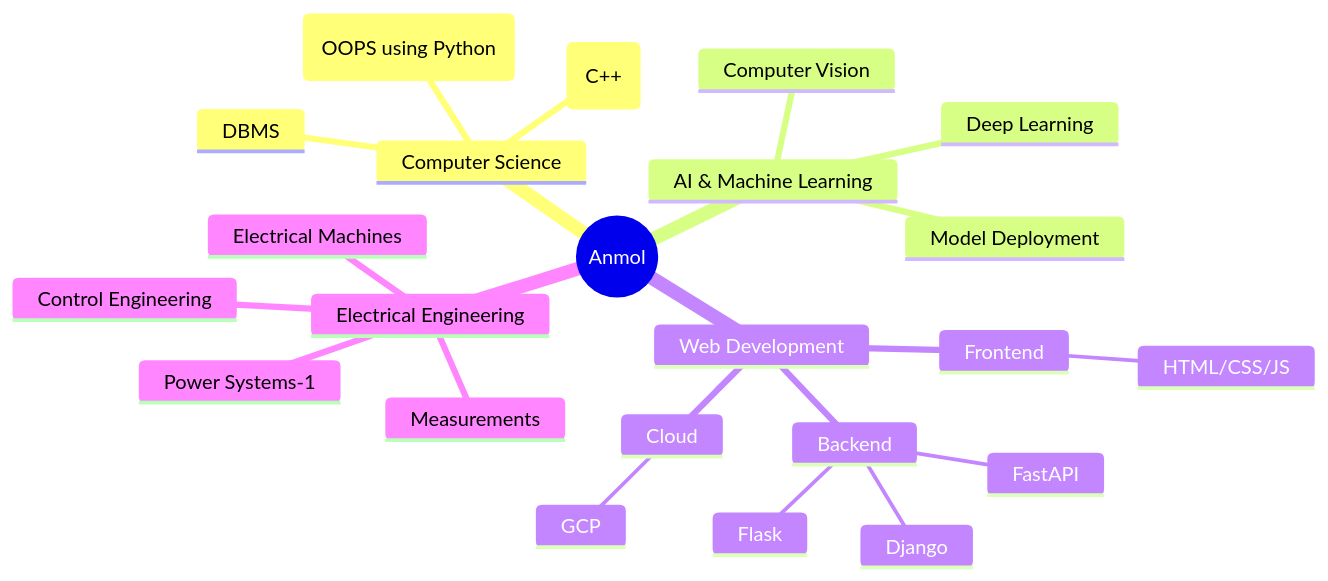
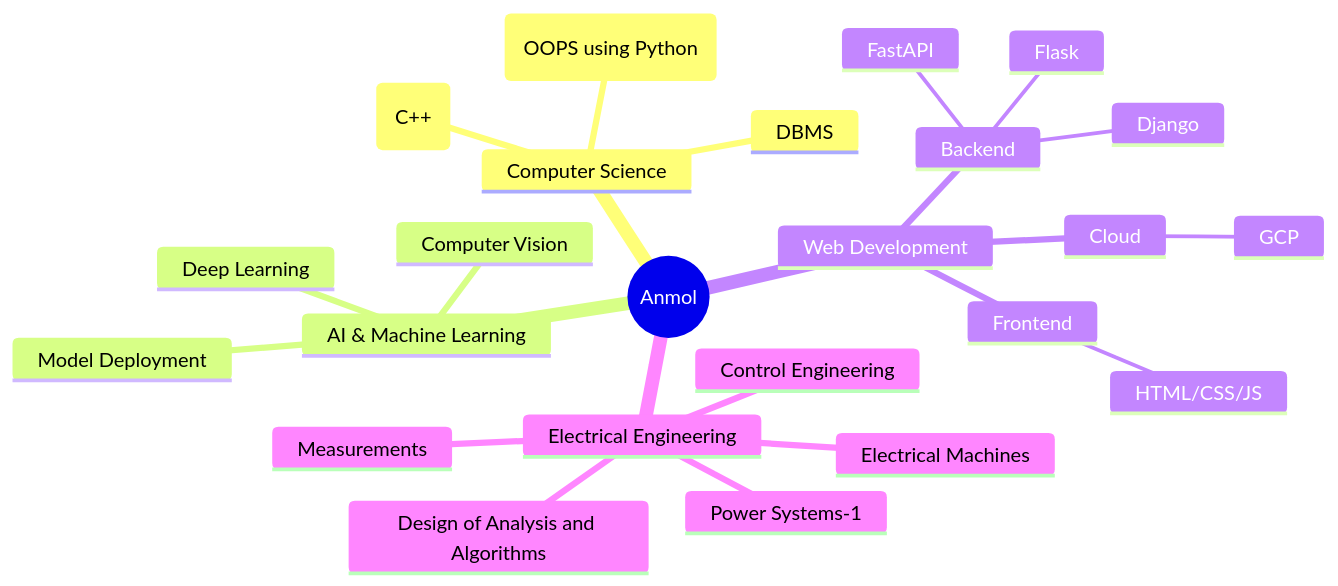
The diagram in README.md (Anmol-Shukla-20/Anmol-Shukla-20), drawn with Mermaid before and after one commit.

````diff
--- a/README.md
+++ b/README.md
@@ -302,26 +302,27 @@
 ```mermaid
 mindmap
   root((Anmol))
     Computer Science
       Data Structures & Algorithms (C++)
       Object-Oriented Programming(OOPS using Python)
       DBMS
     AI & Machine Learning
       Deep Learning
       Computer Vision
       Model Deployment
     Web Development
       Frontend
         HTML/CSS/JS
       Backend
         Django
         FastAPI
         Flask
       Cloud
         GCP
     Electrical Engineering
       Power Systems-1
       Electrical Machines
+      Design of Analysis and Algorithms
       Measurements
       Control Engineering
 ```
````
